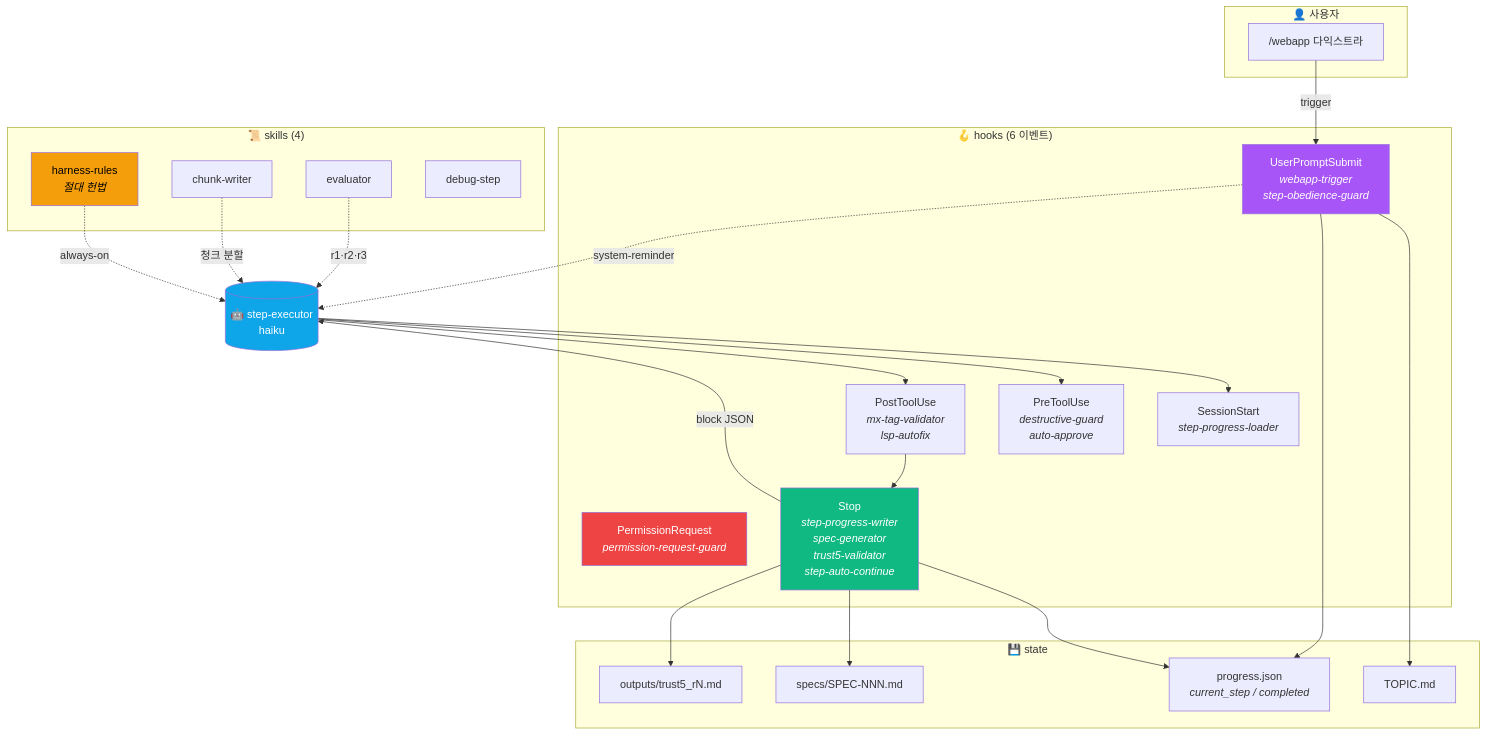
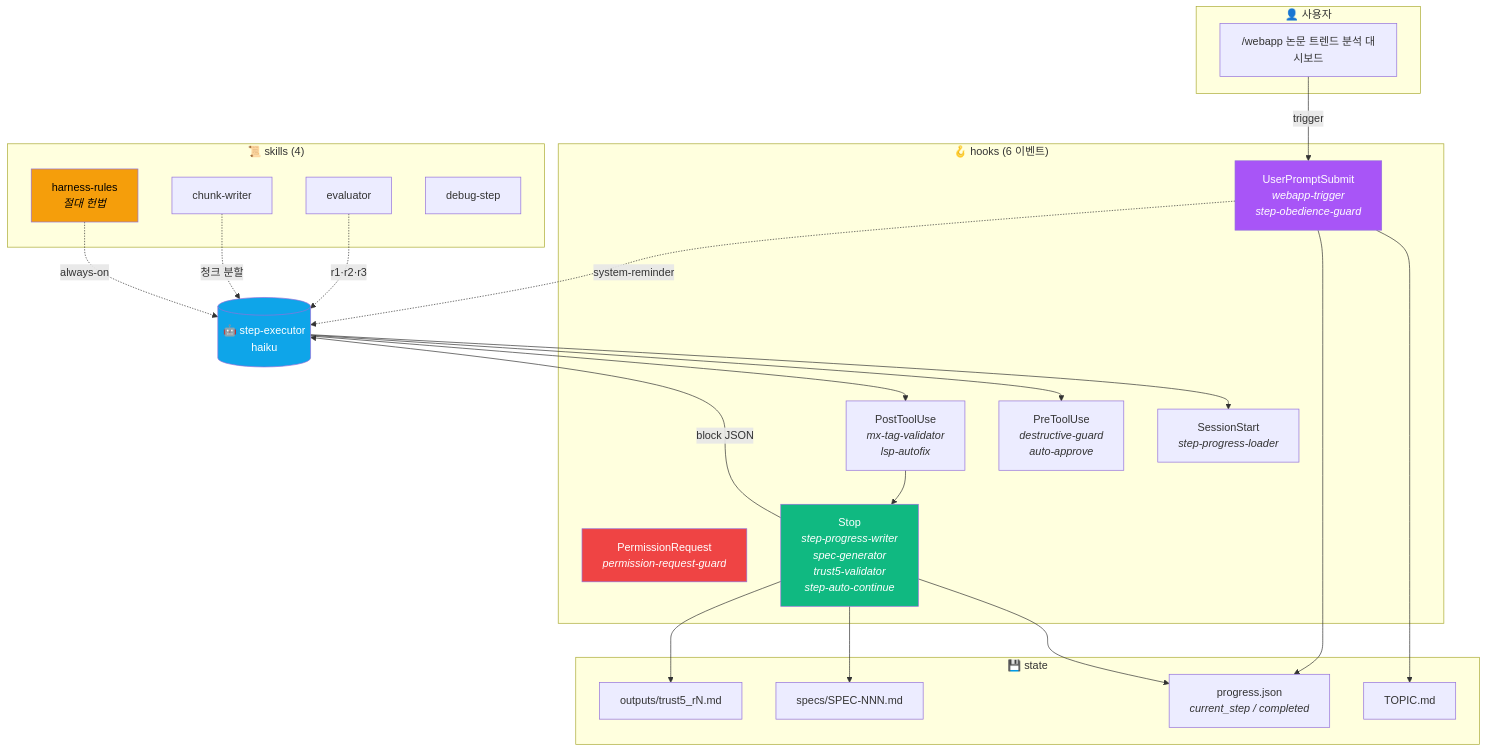
The first of 4 diagrams in README.md (Technoetic/harness107), drawn with Mermaid before and after one commit. The commit also changed other lines of this file, not shown here.

````diff
--- a/README.md
+++ b/README.md
@@ -85,53 +85,53 @@
 ```mermaid
 flowchart TB
     subgraph user["👤 사용자"]
-        P["/webapp 다익스트라"]
+        P["/webapp 논문 트렌드 분석 대시보드"]
     end
 
     subgraph hooks["🪝 hooks (6 이벤트)"]
         UPS["UserPromptSubmit<br/><i>webapp-trigger</i><br/><i>step-obedience-guard</i>"]
         SS["SessionStart<br/><i>step-progress-loader</i>"]
         PRE["PreToolUse<br/><i>destructive-guard</i><br/><i>auto-approve</i>"]
         PR["PermissionRequest<br/><i>permission-request-guard</i>"]
         POST["PostToolUse<br/><i>mx-tag-validator</i><br/><i>lsp-autofix</i>"]
         STOP["Stop<br/><i>step-progress-writer</i><br/><i>spec-generator</i><br/><i>trust5-validator</i><br/><i>step-auto-continue</i>"]
     end
 
     subgraph skills["📜 skills (4)"]
         HR["harness-rules<br/><i>절대 헌법</i>"]
         CW["chunk-writer"]
         EV["evaluator"]
         DB["debug-step"]
     end
 
     subgraph state["💾 state"]
         TOPIC["TOPIC.md"]
         PROG["progress.json<br/><i>current_step / completed</i>"]
         SPEC["specs/SPEC-NNN.md"]
         TR["outputs/trust5_rN.md"]
     end
 
     P -->|trigger| UPS
     UPS --> TOPIC
     UPS --> PROG
     UPS -.system-reminder.-> AGENT[("🤖 step-executor<br/>haiku")]
 
     AGENT --> SS
     AGENT --> PRE
     AGENT --> POST
     POST --> STOP
     STOP --> PROG
     STOP --> SPEC
     STOP --> TR
     STOP -->|block JSON| AGENT
 
     HR -.always-on.-> AGENT
     CW -.청크 분할.-> AGENT
     EV -.r1·r2·r3.-> AGENT
 
     style UPS fill:#A855F7,color:#fff
     style PR fill:#EF4444,color:#fff
     style STOP fill:#10B981,color:#fff
     style HR fill:#F59E0B,color:#000
     style AGENT fill:#0EA5E9,color:#fff
 ```
````
